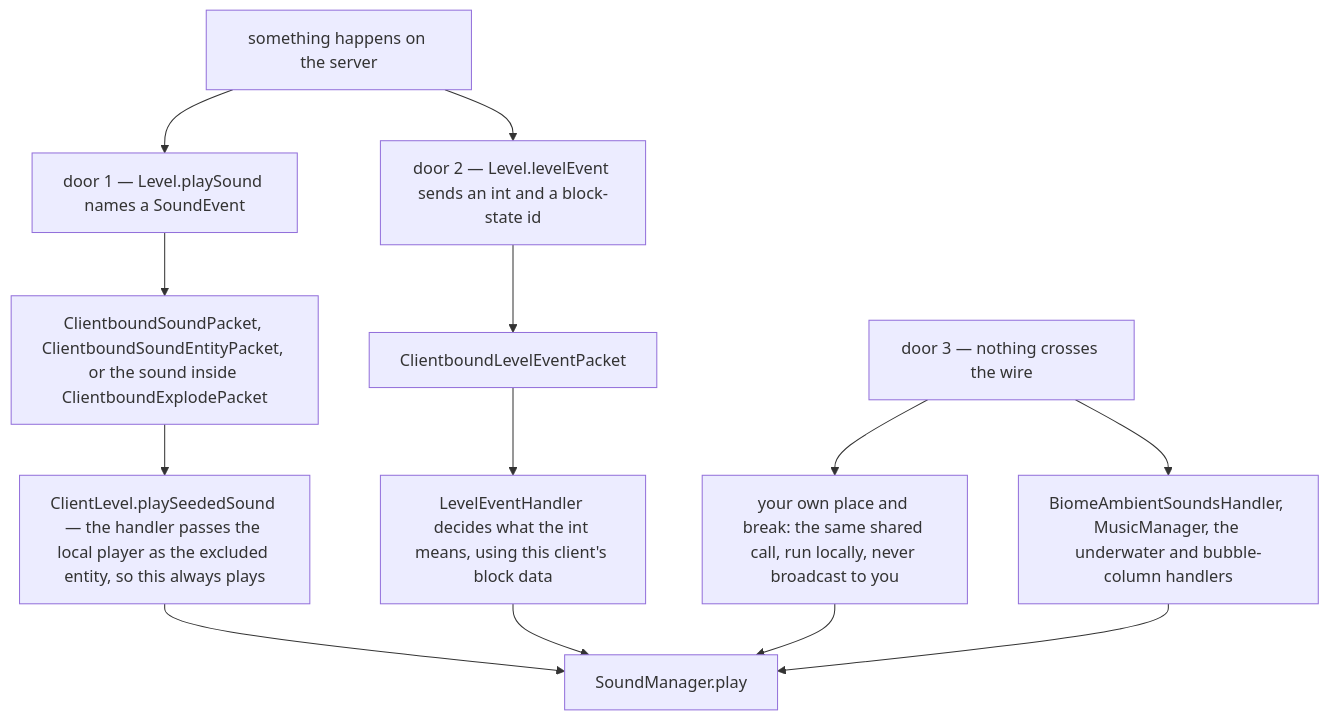
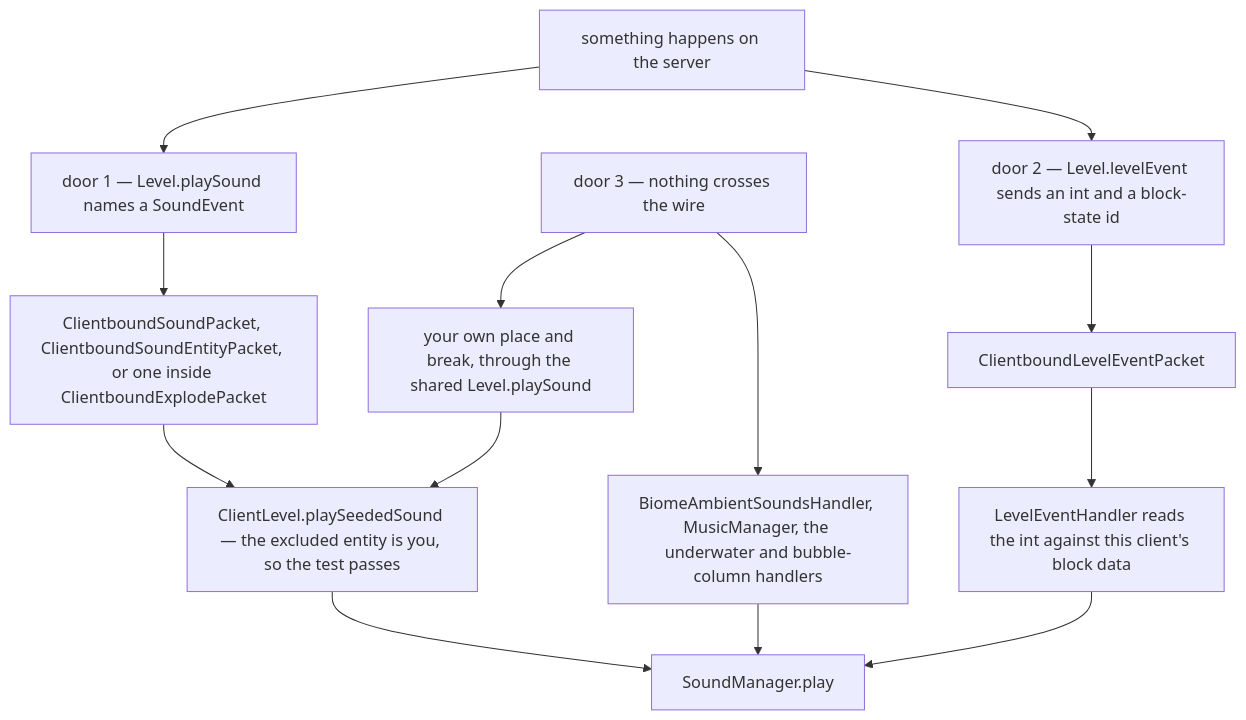
One commit to AlexanderjFraser/MinecraftDocs changed the diagram in src/systems/client/what-makes-a-sound.md. Above: the diagram before and after it, drawn with Mermaid. The commit also changed other lines of this file and 18 other files, not shown here.

````diff
--- a/src/systems/client/what-makes-a-sound.md
+++ b/src/systems/client/what-makes-a-sound.md
@@ -32,18 +32,19 @@
 ```mermaid
 flowchart TD
     SERVER["something happens on the server"]
     NAMED["door 1 — Level.playSound names a SoundEvent"]
+    NOWIRE["door 3 — nothing crosses the wire"]
     EVENT["door 2 — Level.levelEvent sends an int and a block-state id"]
-    NOWIRE["door 3 — nothing crosses the wire"]
-    P1["ClientboundSoundPacket, ClientboundSoundEntityPacket, or the sound inside ClientboundExplodePacket"]
+    P1["ClientboundSoundPacket, ClientboundSoundEntityPacket, or one inside ClientboundExplodePacket"]
     P2["ClientboundLevelEventPacket"]
-    LEH["LevelEventHandler decides what the int means, using this client's block data"]
-    LOCAL["ClientLevel.playSeededSound — the handler passes the local player as the excluded entity, so this always plays"]
-    MINE["your own place and break: the same shared call, run locally, never broadcast to you"]
+    LEH["LevelEventHandler reads the int against this client's block data"]
+    LOCAL["ClientLevel.playSeededSound — the excluded entity is you, so the test passes"]
+    MINE["your own place and break, through the shared Level.playSound"]
     AMB["BiomeAmbientSoundsHandler, MusicManager, the underwater and bubble-column handlers"]
     SM["SoundManager.play"]
-    SERVER --> NAMED --> P1 --> LOCAL --> SM
+    SERVER --> NAMED --> P1 --> LOCAL
+    NOWIRE --> MINE --> LOCAL
+    LOCAL --> SM
     SERVER --> EVENT --> P2 --> LEH --> SM
-    NOWIRE --> MINE --> SM
     NOWIRE --> AMB --> SM
 ```
````
